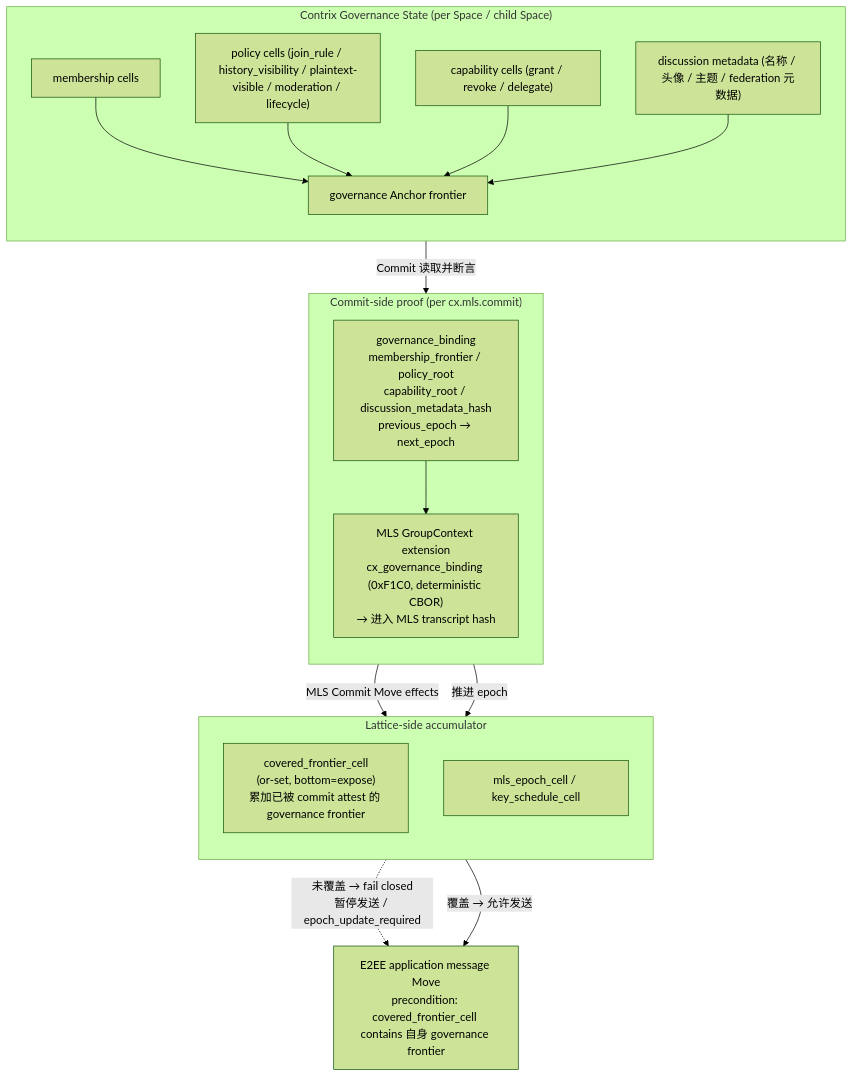
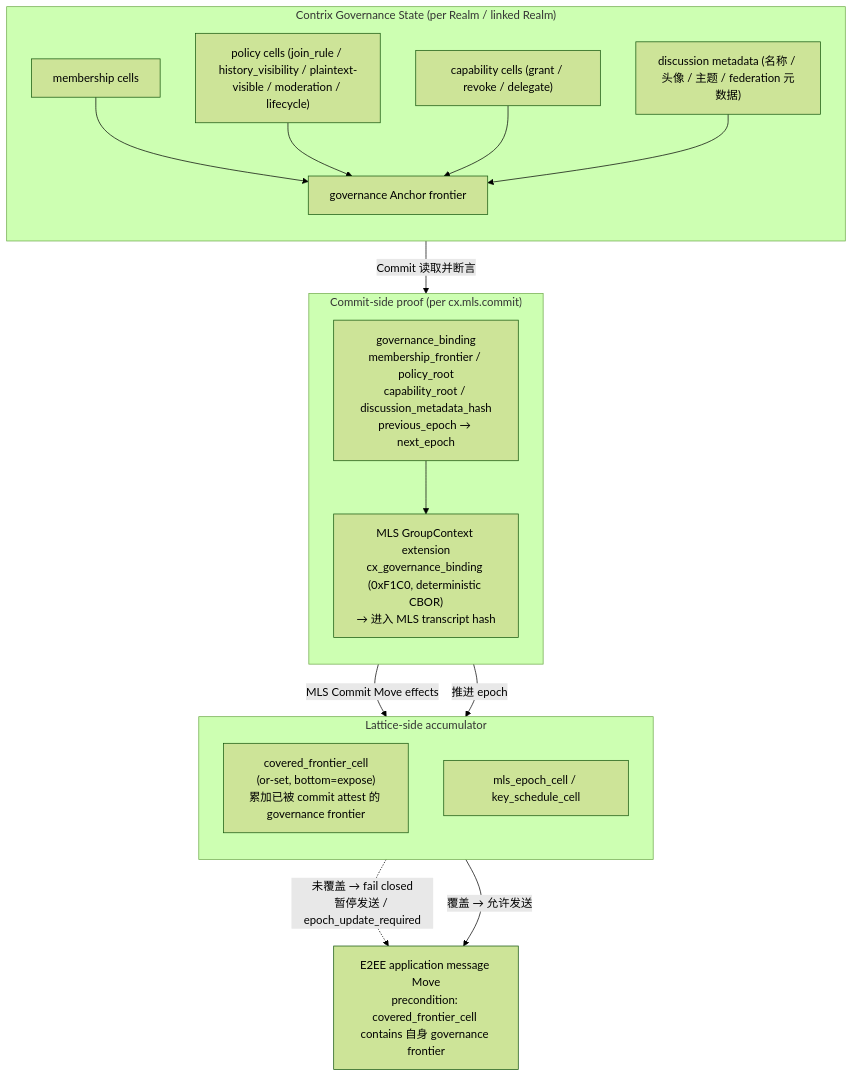
One commit to arkret-org/arkret-spec changed the second of 2 diagrams in spec/v1/zh/crypto-media/encryption-and-audit.md. Above: the diagram before and after it, drawn with Mermaid (forest theme). The commit also changed other lines of this file and 162 other files, not shown here.

Commit message:
Rework Realm and Space boundaries

````diff
--- a/spec/v1/zh/crypto-media/encryption-and-audit.md
+++ b/spec/v1/zh/crypto-media/encryption-and-audit.md
@@ -290,36 +290,36 @@
 ```mermaid
 flowchart TB
-    subgraph GS ["Contrix Governance State (per Space / child Space)"]
+    subgraph GS ["Contrix Governance State (per Realm / linked Realm)"]
         direction TB
         Memb["membership cells"]
         Pol["policy cells (join_rule / history_visibility / plaintext-visible / moderation / lifecycle)"]
         Cap["capability cells (grant / revoke / delegate)"]
         Disc["discussion metadata (名称 / 头像 / 主题 / federation 元数据)"]
         Anc["governance Anchor frontier"]
         Memb --> Anc
         Pol --> Anc
         Cap --> Anc
         Disc --> Anc
     end
 
     subgraph CS ["Commit-side proof (per cx.mls.commit)"]
         direction TB
         GB["governance_binding<br/>membership_frontier / policy_root<br/>capability_root / discussion_metadata_hash<br/>previous_epoch → next_epoch"]
         Trans["MLS GroupContext extension<br/>cx_governance_binding (0xF1C0, deterministic CBOR)<br/>→ 进入 MLS transcript hash"]
         GB --> Trans
     end
 
     subgraph LS ["Lattice-side accumulator"]
         direction TB
         CFC["covered_frontier_cell<br/>(or-set, bottom=expose)<br/>累加已被 commit attest 的 governance frontier"]
         EpC["mls_epoch_cell / key_schedule_cell"]
     end
 
     Anc -- "Commit 读取并断言" --> GB
     GB -- "MLS Commit Move effects" --> CFC
     GB -- "推进 epoch" --> EpC
 
     Msg["E2EE application message Move<br/>precondition: covered_frontier_cell contains 自身 governance frontier"]
     CFC -. "未覆盖 → fail closed<br/>暂停发送 / epoch_update_required" .-> Msg
     CFC -- "覆盖 → 允许发送" --> Msg
 ```
````
